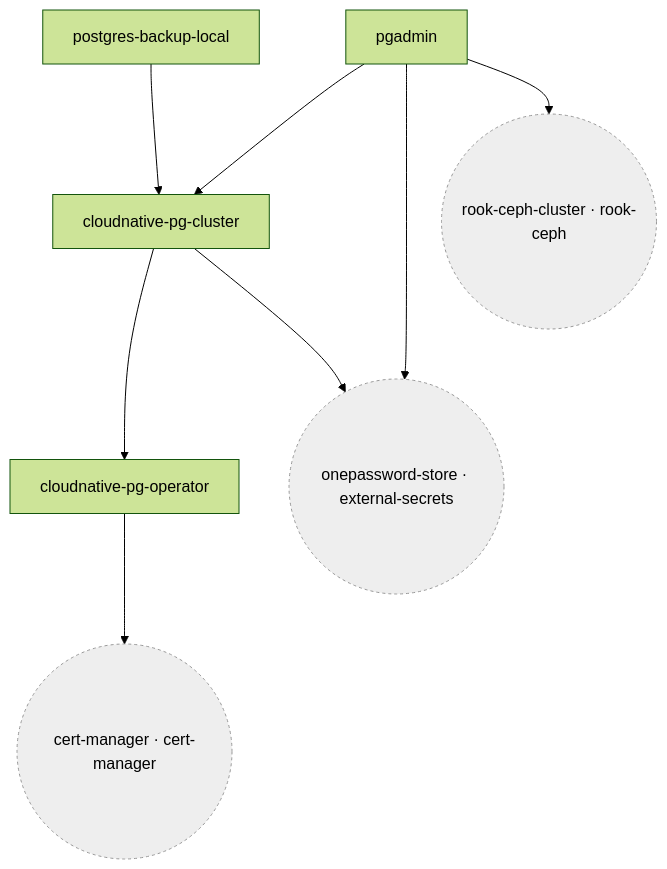
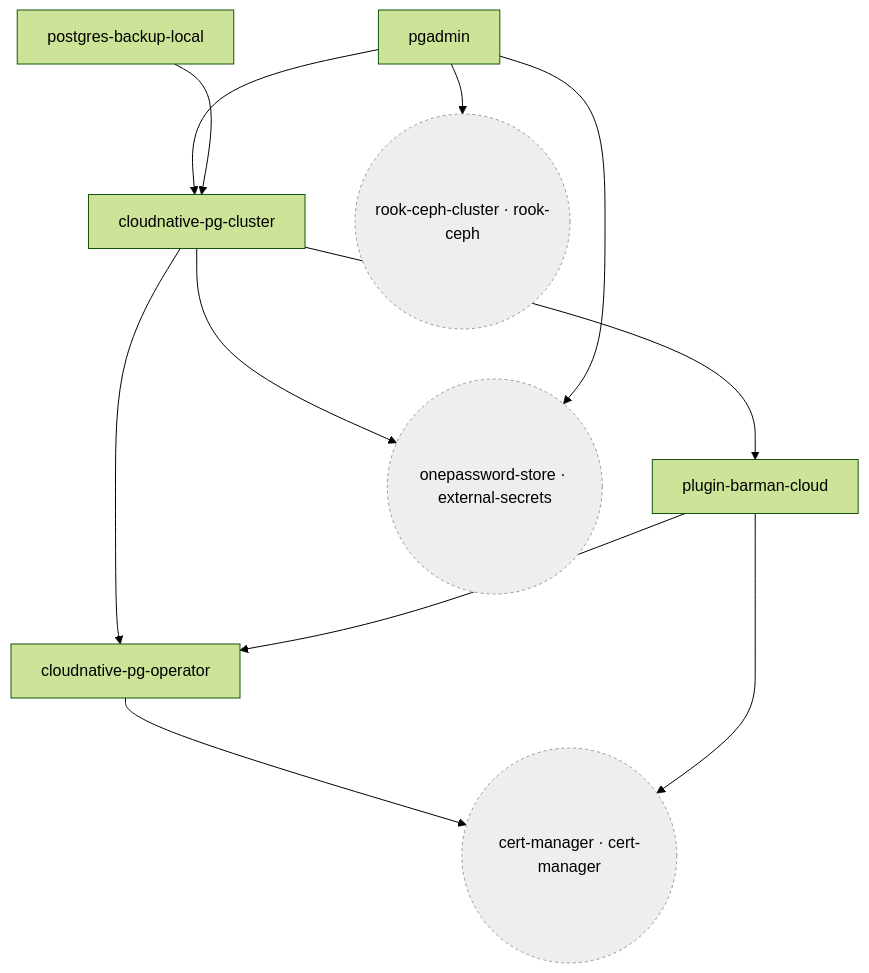
Before and after one commit to qnimbus/home-lab: the fifth of 16 diagrams in docs/CLUSTER.md, drawn with Mermaid (forest theme). The commit also changed other lines of this file and 2 other files, not shown here.

First line of the commit message:
docs(cloudnative-pg): mark barman-cloud PITR complete, refresh audit

````diff
--- a/docs/CLUSTER.md
+++ b/docs/CLUSTER.md
@@ -769,18 +771,22 @@
 ```mermaid
 flowchart TD
   flux_system_cloudnative_pg_cluster["cloudnative-pg-cluster"]
   flux_system_cloudnative_pg_operator["cloudnative-pg-operator"]
   flux_system_pgadmin["pgadmin"]
+  flux_system_plugin_barman_cloud["plugin-barman-cloud"]
   flux_system_postgres_backup_local["postgres-backup-local"]
   flux_system_cert_manager(("cert-manager · cert-manager")):::external
   flux_system_onepassword_store(("onepassword-store · external-secrets")):::external
   flux_system_rook_ceph_cluster(("rook-ceph-cluster · rook-ceph")):::external
   flux_system_cloudnative_pg_cluster --> flux_system_cloudnative_pg_operator
   flux_system_cloudnative_pg_cluster --> flux_system_onepassword_store
+  flux_system_cloudnative_pg_cluster --> flux_system_plugin_barman_cloud
   flux_system_cloudnative_pg_operator --> flux_system_cert_manager
   flux_system_pgadmin --> flux_system_cloudnative_pg_cluster
   flux_system_pgadmin --> flux_system_onepassword_store
   flux_system_pgadmin --> flux_system_rook_ceph_cluster
+  flux_system_plugin_barman_cloud --> flux_system_cert_manager
+  flux_system_plugin_barman_cloud --> flux_system_cloudnative_pg_operator
   flux_system_postgres_backup_local --> flux_system_cloudnative_pg_cluster
   classDef external fill:#eee,stroke:#999,stroke-dasharray: 3 3
 ```
````
